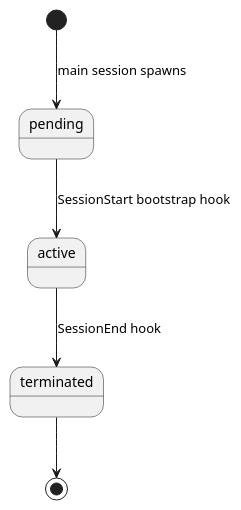
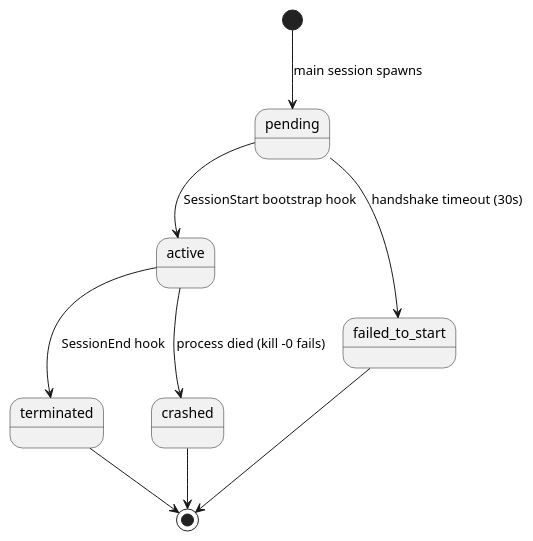
One commit to studykit/studykit-marketplace changed the second of 2 diagrams in A4/co-think/2026-03-29-1500-agent-orchestrator.domain.md. Above: the diagram before and after it, drawn with PlantUML. The commit also changed other lines of this file and 28 other files, not shown here.

````diff
--- a/A4/co-think/2026-03-29-1500-agent-orchestrator.domain.md
+++ b/A4/co-think/2026-03-29-1500-agent-orchestrator.domain.md
@@ -76,8 +76,12 @@
 ```plantuml
 @startuml
 [*] --> pending : main session spawns
 pending --> active : SessionStart bootstrap hook
+pending --> failed_to_start : handshake timeout (30s)
 active --> terminated : SessionEnd hook
+active --> crashed : process died (kill -0 fails)
 terminated --> [*]
+crashed --> [*]
+failed_to_start --> [*]
 @enduml
 ```
````
